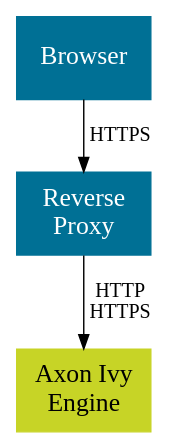
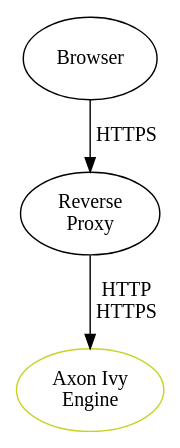
Before and after one commit to bernhardAxonIvy/doc: the diagram in source/engine-guide/integration/reverse-proxy/overview.dot, drawn with Graphviz. The commit also changed 10 other files, not shown here.

Commit message:
Move gneric graphizv definitions to build container

```diff
--- a/source/engine-guide/integration/reverse-proxy/overview.dot
+++ b/source/engine-guide/integration/reverse-proxy/overview.dot
@@ -1,19 +1,9 @@
 
 digraph overview {
-  node [
-    shape=box, 
-    style=filled,
-    margin=0 width=2 height=0.8
-    fontcolor="white",    
-    color="#007095",
-    fixedsize=true,
-    fontsize=18
-  ];
-
   browser [ label="Browser", pos = "0,2.5!", width="1.3" height="0.8"];
   reverseproxy [ label="Reverse\nProxy", pos="3,2.5!" width="1.3" height="0.8"]
   engine [label="Axon Ivy\nEngine", pos="6,2.5!", height="0.8", width="1.3", color="#C7D426", fontcolor="black"];
   
   browser -> reverseproxy [ label="HTTPS"];
   reverseproxy -> engine [ label="HTTP\nHTTPS" ];
 }
```
